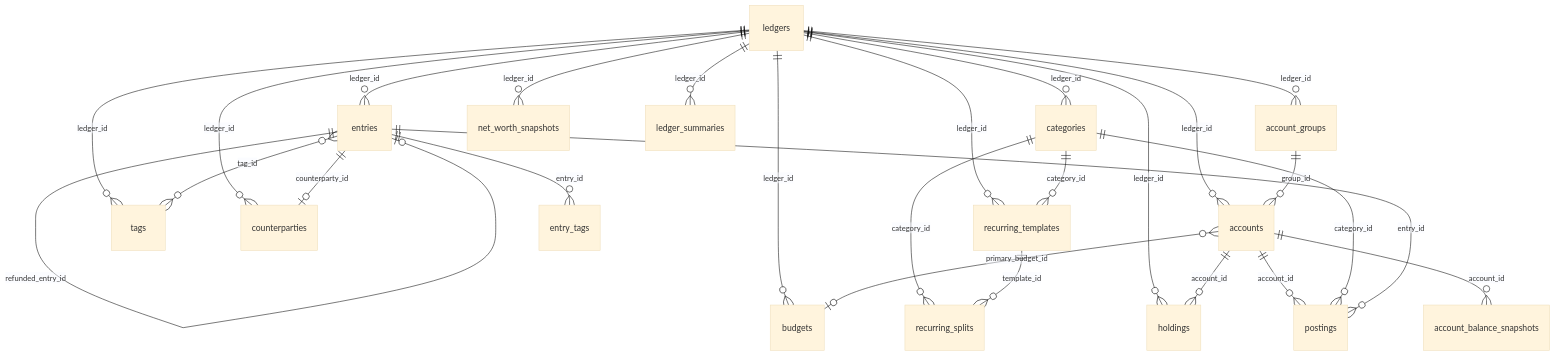
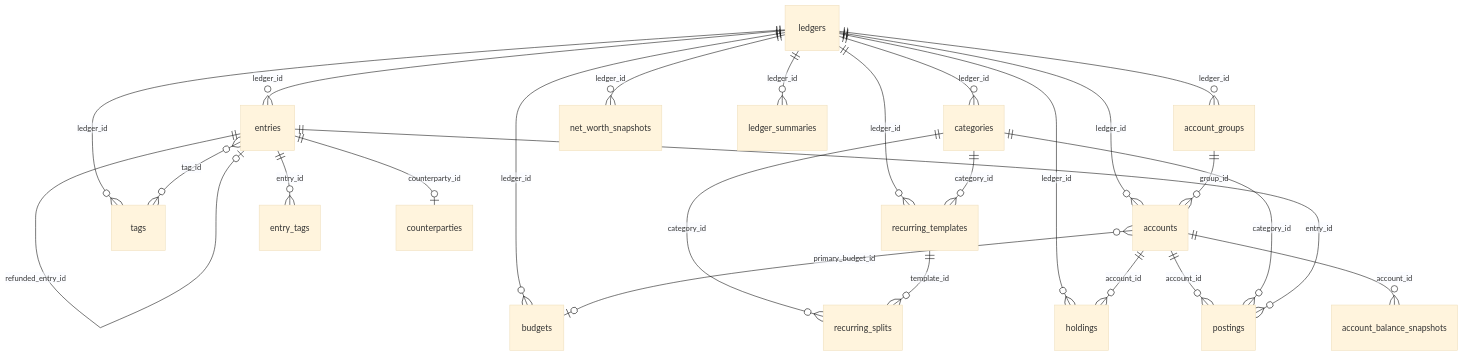
One commit to juchengquan/finch changed the diagram in plans/database_design_en.md. Above: the diagram before and after it, drawn with Mermaid (base theme). The commit also changed other lines of this file and 4 other files, not shown here.

````diff
--- a/plans/database_design_en.md
+++ b/plans/database_design_en.md
@@ -198,33 +198,32 @@
 ```mermaid
 erDiagram
     ledgers ||--o{ accounts : "ledger_id"
     ledgers ||--o{ account_groups : "ledger_id"
     ledgers ||--o{ categories : "ledger_id"
     ledgers ||--o{ tags : "ledger_id"
-    ledgers ||--o{ counterparties : "ledger_id"
     ledgers ||--o{ entries : "ledger_id"
     ledgers ||--o{ budgets : "ledger_id"
     ledgers ||--o{ recurring_templates : "ledger_id"
     ledgers ||--o{ net_worth_snapshots : "ledger_id"
     ledgers ||--o{ ledger_summaries : "ledger_id"
     ledgers ||--o{ holdings : "ledger_id"
 
     account_groups ||--o{ accounts : "group_id"
 
     accounts ||--o{ postings : "account_id"
     accounts ||--o{ holdings : "account_id"
     accounts ||--o{ account_balance_snapshots : "account_id"
     accounts }o--o| budgets : "primary_budget_id"
 
     categories ||--o{ postings : "category_id"
     categories ||--o{ recurring_templates : "category_id"
     categories ||--o{ recurring_splits : "category_id"
 
     entries ||--o{ postings : "entry_id"
     entries ||--o{ entry_tags : "entry_id"
     entries }o--o{ tags : "tag_id"
     entries ||--o| counterparties : "counterparty_id"
     entries ||--o| entries : "refunded_entry_id"
 
     recurring_templates ||--o{ recurring_splits : "template_id"
 ```
````
